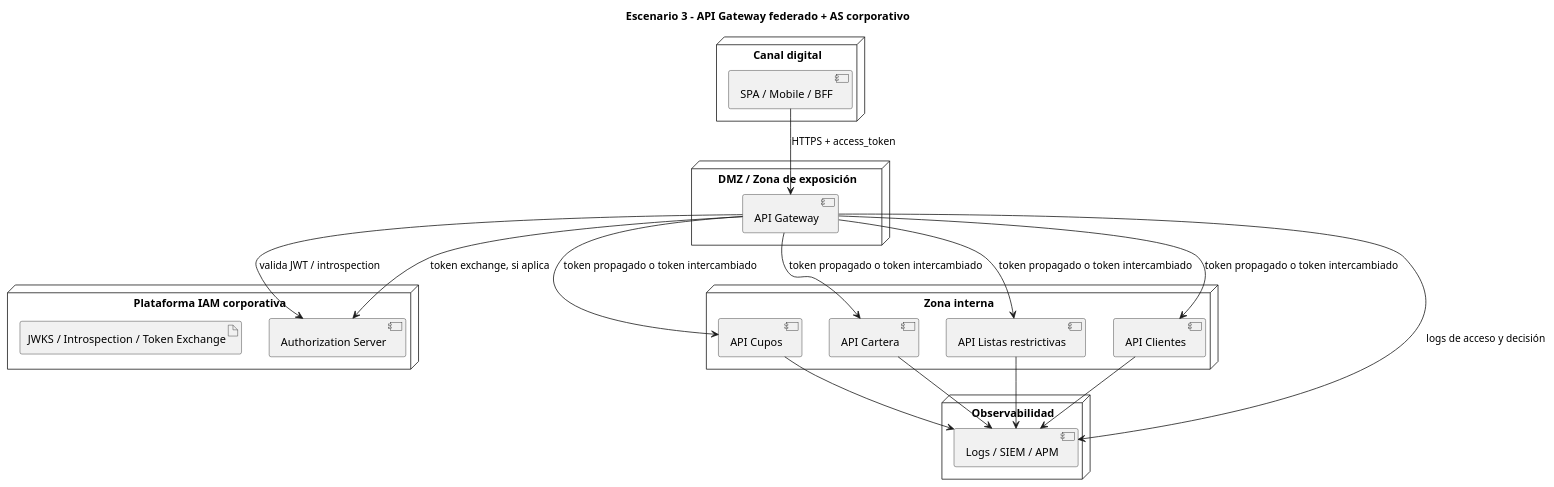
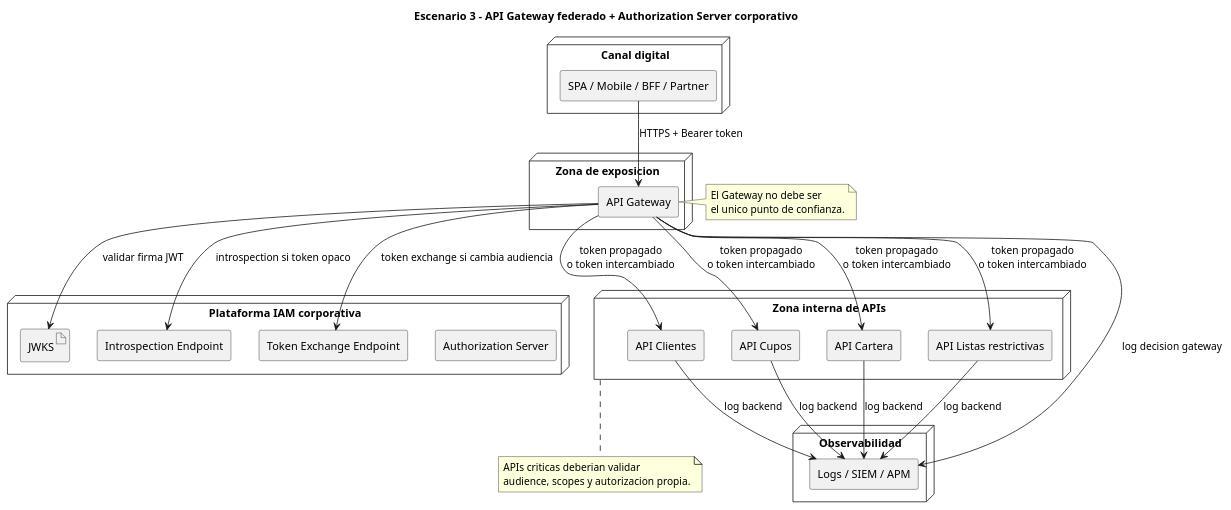
Diagram 12 of 24 in tesis/README.md (FredyRosero/evaluacion-controles-oauth2-oidc), drawn with PlantUML before and after one commit. The commit also changed other lines of this file and 24 other files, not shown here.

````diff
--- a/tesis/README.md
+++ b/tesis/README.md
@@ -1952,42 +2245,61 @@
 ```plantuml
-@startuml
-title Escenario 3 - API Gateway federado + AS corporativo
+@startuml escenario_3_deployment
+title Escenario 3 - API Gateway federado + Authorization Server corporativo
+
+skinparam shadowing false
+skinparam componentStyle rectangle
 
 node "Canal digital" as Channel {
-  component "SPA / Mobile / BFF" as Client
+  component "SPA / Mobile / BFF / Partner" as Client
 }
 
-node "DMZ / Zona de exposición" as Edge {
+node "Zona de exposicion" as Edge {
   component "API Gateway" as Gateway
 }
 
 node "Plataforma IAM corporativa" as IAM {
   component "Authorization Server" as AS
-  artifact "JWKS / Introspection / Token Exchange" as TokenServices
+  artifact "JWKS" as JWKS
+  component "Introspection Endpoint" as Introspection
+  component "Token Exchange Endpoint" as TokenExchange
 }
 
-node "Zona interna" as Internal {
+node "Zona interna de APIs" as Internal {
+  component "API Clientes" as Customers
   component "API Cupos" as Limits
   component "API Cartera" as Portfolio
   component "API Listas restrictivas" as Watchlists
-  component "API Clientes" as Customers
 }
 
 node "Observabilidad" as Obs {
   component "Logs / SIEM / APM" as SIEM
 }
 
-Client --> Gateway : HTTPS + access_token
-Gateway --> AS : valida JWT / introspection
-Gateway --> AS : token exchange, si aplica
-Gateway --> Limits : token propagado o token intercambiado
-Gateway --> Portfolio : token propagado o token intercambiado
-Gateway --> Watchlists : token propagado o token intercambiado
-Gateway --> Customers : token propagado o token intercambiado
-Gateway --> SIEM : logs de acceso y decisión
-Limits --> SIEM
-Portfolio --> SIEM
-Watchlists --> SIEM
-Customers --> SIEM
+Client --> Gateway : HTTPS + Bearer token
+Gateway --> JWKS : validar firma JWT
+Gateway --> Introspection : introspection si token opaco
+Gateway --> TokenExchange : token exchange si cambia audiencia
+
+Gateway --> Customers : token propagado\no token intercambiado
+Gateway --> Limits : token propagado\no token intercambiado
+Gateway --> Portfolio : token propagado\no token intercambiado
+Gateway --> Watchlists : token propagado\no token intercambiado
+
+Gateway --> SIEM : log decision gateway
+Customers --> SIEM : log backend
+Limits --> SIEM : log backend
+Portfolio --> SIEM : log backend
+Watchlists --> SIEM : log backend
+
+note right of Gateway
+El Gateway no debe ser
+el unico punto de confianza.
+end note
+
+note bottom of Internal
+APIs criticas deberian validar
+audience, scopes y autorizacion propia.
+end note
+
 @enduml
 ```
````
